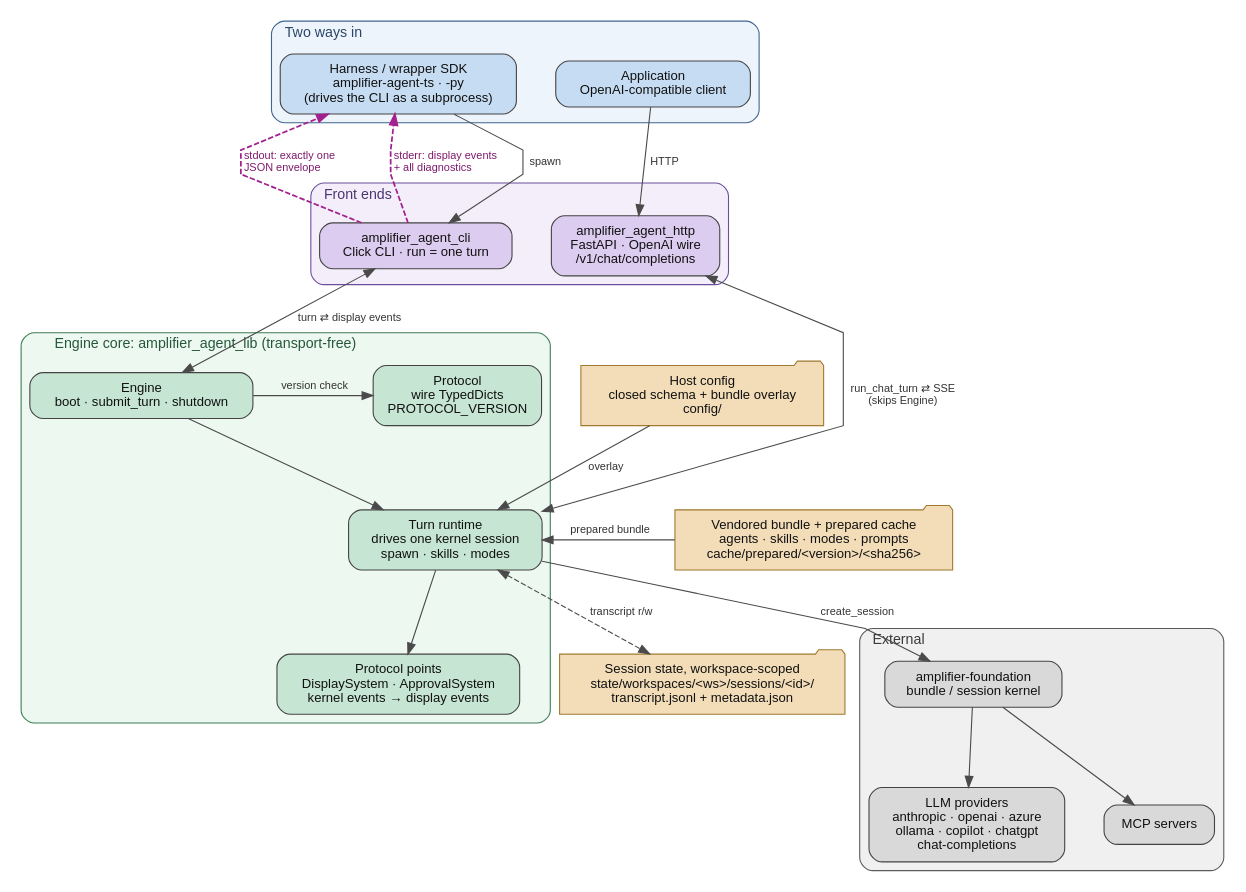
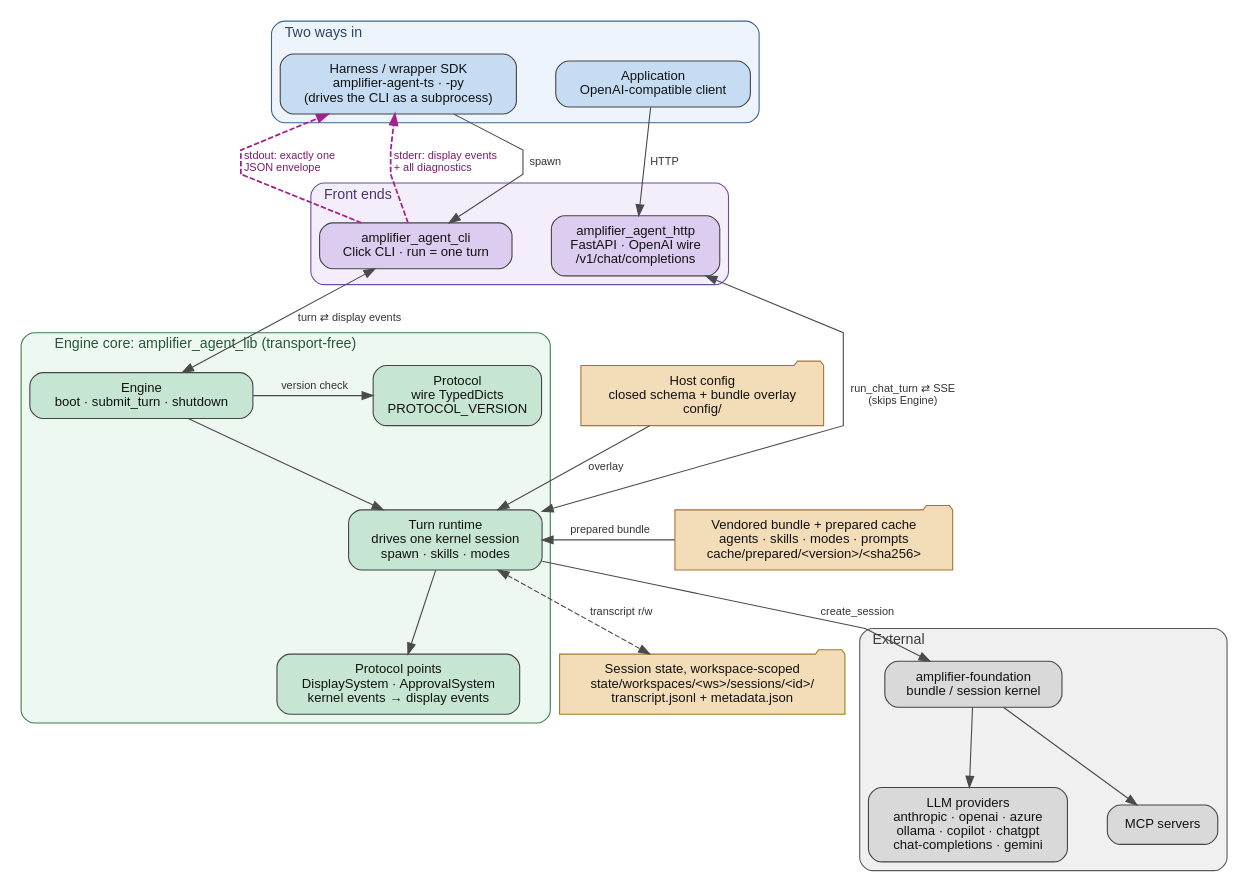
The diagram in docs/architecture/architecture.dot (microsoft/amplifier-agent), drawn with Graphviz before and after one commit. The commit also changed 9 other files, not shown here.

First line of the commit message:
docs(providers): document gemini provider

```diff
--- a/docs/architecture/architecture.dot
+++ b/docs/architecture/architecture.dot
@@ -1,128 +1,128 @@
 // amplifier-agent architecture.
 //
 // Source of truth for docs/architecture/architecture.png.
 // Regenerate with:  dot -Tpng architecture.dot -o architecture.png
 //
 // Scope: the shape of the system, not its inventory. Module groups are
 // collapsed into one node where the group behaves as one thing, and only the
 // edges that explain the system are drawn. See docs/ARCHITECTURE.md for the
 // narrative, docs/SPEC.md for the full contract surface, and
 // architecture/data-flows.md for step-by-step traces.
 
 digraph amplifier_agent {
   rankdir=TB;
   compound=true;
   newrank=true;
   splines=polyline;
   nodesep=0.5;
   ranksep=0.9;
 
   graph [fontname="Helvetica", fontsize=13, labelloc="t", labeljust="l"];
   node  [fontname="Helvetica", fontsize=12, shape=box, style="rounded,filled",
          color="#444444", fontcolor="#111111", margin="0.18,0.11"];
   edge  [fontname="Helvetica", fontsize=10, color="#4a4a4a", fontcolor="#333333"];
 
   // ------------------------------------------------------------- consumers
   subgraph cluster_consumers {
     label="Two ways in";
     style="rounded,filled";
     fillcolor="#eef4fb";
     color="#3f6591";
     fontcolor="#2b4767";
 
     node [fillcolor="#c6dcf2"];
     harness [label="Harness / wrapper SDK\namplifier-agent-ts · -py\n(drives the CLI as a subprocess)"];
     app     [label="Application\nOpenAI-compatible client"];
   }
 
   // ------------------------------------------------------------ front ends
   subgraph cluster_frontends {
     label="Front ends";
     style="rounded,filled";
     fillcolor="#f4eefb";
     color="#6b4f9c";
     fontcolor="#4a3570";
 
     node [fillcolor="#dcccf0"];
     cli  [label="amplifier_agent_cli\nClick CLI · run = one turn"];
     http [label="amplifier_agent_http\nFastAPI · OpenAI wire\n/v1/chat/completions"];
   }
 
   // ------------------------------------------------------------ engine core
   subgraph cluster_core {
     label="Engine core: amplifier_agent_lib (transport-free)";
     style="rounded,filled";
     fillcolor="#edf8f1";
     color="#3c7d55";
     fontcolor="#27573a";
 
     node [fillcolor="#c6e6d3"];
     engine   [label="Engine\nboot · submit_turn · shutdown"];
     protocol [label="Protocol\nwire TypedDicts\nPROTOCOL_VERSION"];
     runtime  [label="Turn runtime\ndrives one kernel session\nspawn · skills · modes"];
     points   [label="Protocol points\nDisplaySystem · ApprovalSystem\nkernel events → display events"];
   }
 
   // ------------------------------------------------------- inputs / on-disk
   // Deliberately not a cluster: an extra box here only stretches the layout.
   // Shared fill + folder shape carries the grouping. Home is
   // ~/.amplifier-agent ($AMPLIFIER_AGENT_HOME).
   {
     node [fillcolor="#f2ddb8", shape=folder, style="filled", color="#a07a2e"];
     bundle [label="Vendored bundle + prepared cache\nagents · skills · modes · prompts\ncache/prepared/<version>/<sha256>"];
     config [label="Host config\nclosed schema + bundle overlay\nconfig/"];
     state  [label="Session state, workspace-scoped\nstate/workspaces/<ws>/sessions/<id>/\ntranscript.jsonl + metadata.json"];
   }
 
   // -------------------------------------------------------------- external
   subgraph cluster_external {
     label="External";
     style="rounded,filled";
     fillcolor="#f0f0f0";
     color="#5a5a5a";
     fontcolor="#3a3a3a";
 
     node [fillcolor="#d9d9d9"];
     kernel    [label="amplifier-foundation\nbundle / session kernel"];
-    providers [label="LLM providers\nanthropic · openai · azure\nollama · copilot · chatgpt\nchat-completions"];
+    providers [label="LLM providers\nanthropic · openai · azure\nollama · copilot · chatgpt\nchat-completions · gemini"];
     mcp       [label="MCP servers"];
   }
 
   // ==================================================================== edges
 
   // in
   harness -> cli  [label="  spawn"];
   app     -> http [label="  HTTP"];
 
   // the CLI stream contract: one envelope out, everything else on stderr
   cli -> harness [color="#a3218e", fontcolor="#7d1a6c", style=dashed, penwidth=1.6,
                   label="  stdout: exactly one\l  JSON envelope\l"];
   cli -> harness [color="#a3218e", fontcolor="#7d1a6c", style=dashed, penwidth=1.6,
                   label="  stderr: display events\l  + all diagnostics\l"];
 
   // both front ends reach the same core; output returns the same way
   cli  -> engine  [dir=both, label="  turn ⇄ display events"];
   http -> runtime [dir=both, label="  run_chat_turn ⇄ SSE\n  (skips Engine)"];
 
   // core internals
   engine  -> protocol [label="  version check"];
   engine  -> runtime;
   runtime -> points;
   runtime -> kernel   [label="  create_session"];
 
   // inputs feed the core; session state comes back out
   bundle  -> runtime [label="  prepared bundle"];
   config  -> runtime [label="  overlay"];
   runtime -> state   [dir=both, style=dashed, label="  transcript r/w"];
 
   // external fan-out
   kernel -> providers;
   kernel -> mcp;
 
   // layering
   { rank=same; harness; app; }
   { rank=same; cli; http; }
   { rank=same; engine; protocol; config; }
   { rank=same; runtime; bundle; }
   { rank=same; points; state; kernel; }
 }
```
